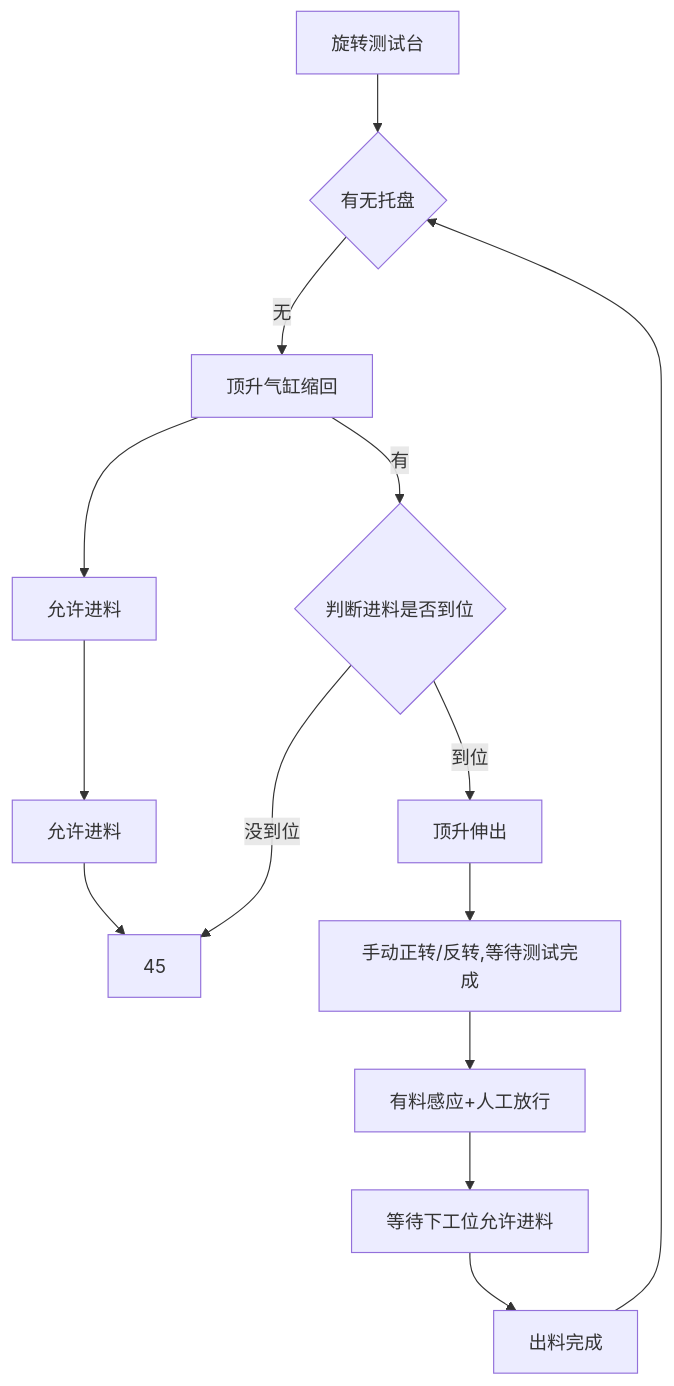
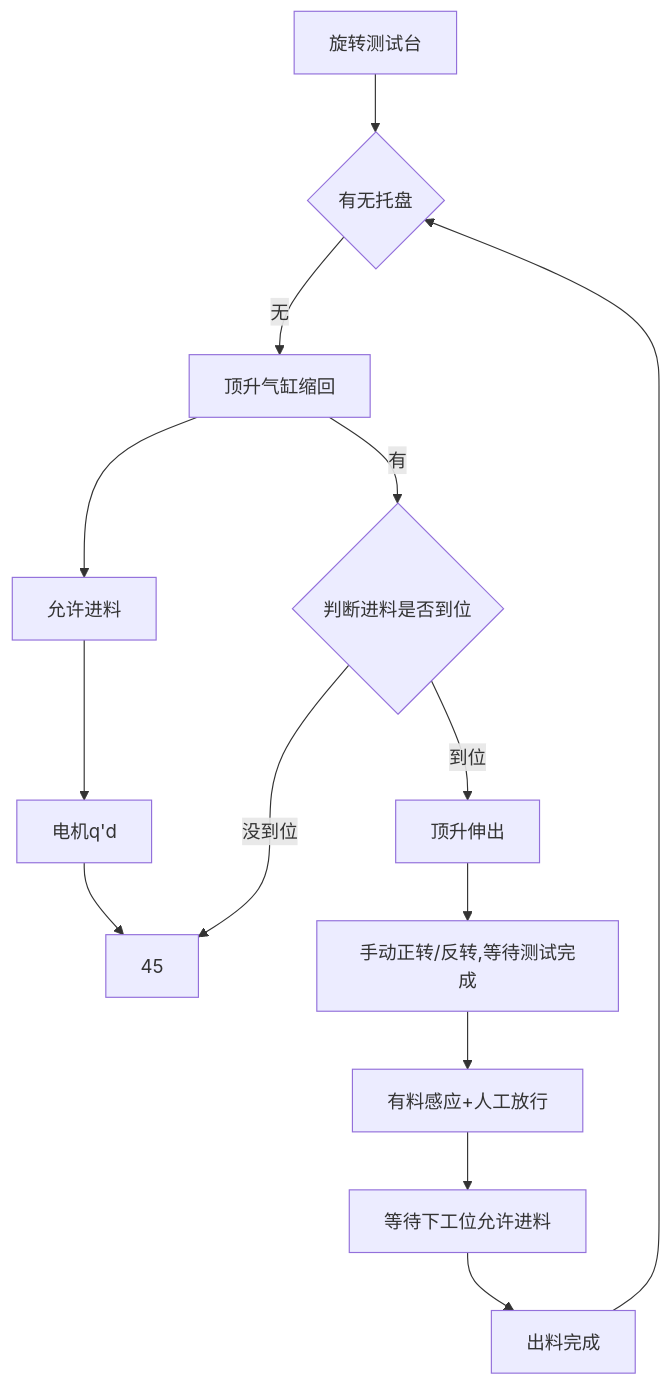
One commit to PengKun1/iodraw-files changed the diagram in all/旋转测试台.md. Above: the diagram before and after it, drawn with Mermaid.

Commit message:
2024-12-23 16:32:02 update

````diff
--- a/all/旋转测试台.md
+++ b/all/旋转测试台.md
@@ -1,16 +1,16 @@
 ```mermaid
 graph TD
 0[旋转测试台]-->10
 10{有无托盘}-->|无|20
 20-->|有|50
 20[顶升气缸缩回]-->30
 30[允许进料]-->40
-40[允许进料]-->45
+40[电机q'd]-->45
 50{判断进料是否到位}-->|到位|60 
 50-->|没到位|45
 60[顶升伸出]-->70
 70[手动正转/反转,等待测试完成]-->80
 80[有料感应+人工放行]-->90
 90[等待下工位允许进料]-->100
 100[出料完成]-->10
 ```
````
